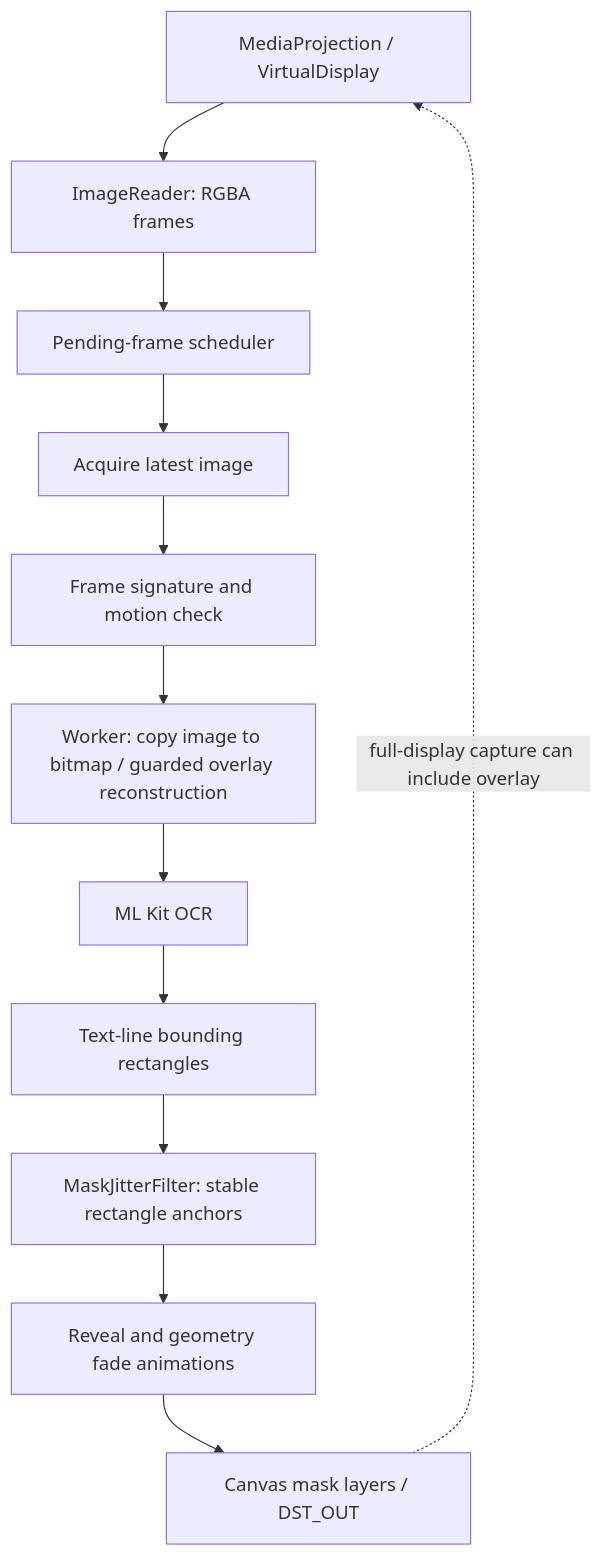
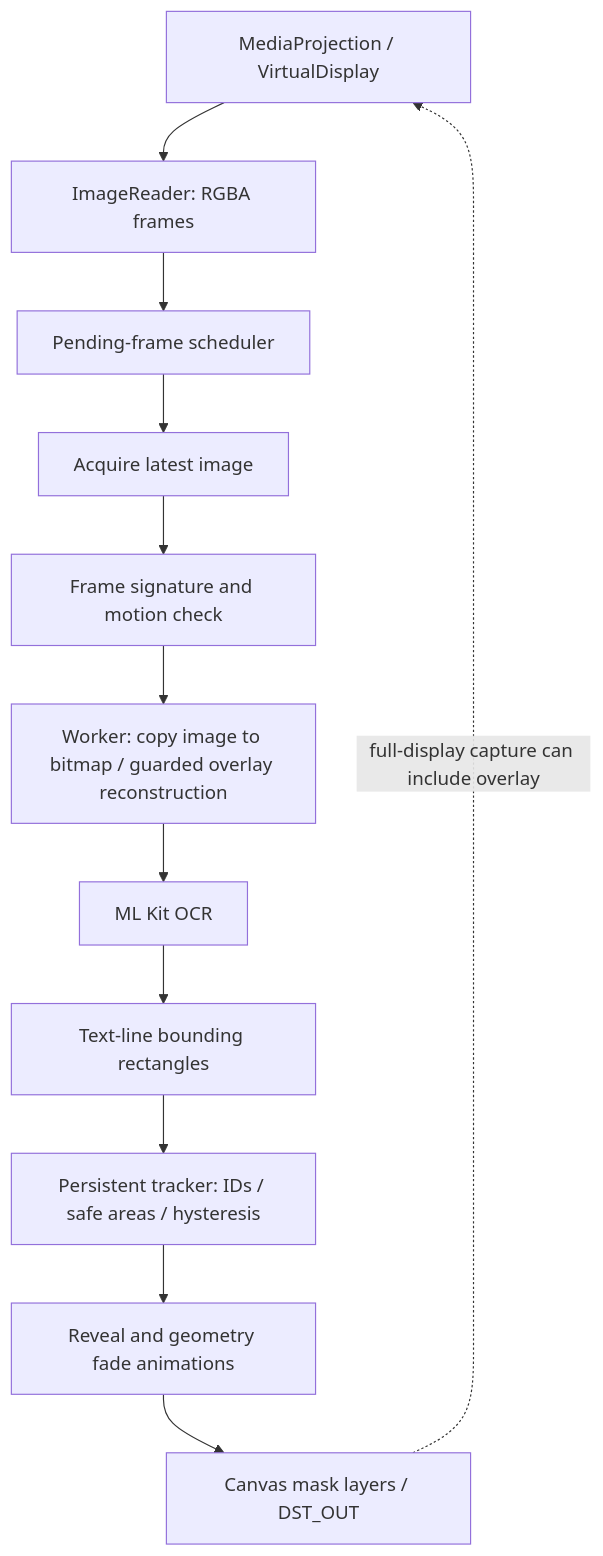
Before and after one commit to Desu1243/darker: the diagram in docs/PROJECT_DOCUMENTATION.md, drawn with Mermaid. The commit also changed other lines of this file and 9 other files, not shown here.

Commit message:
Added Persistent Text Regions with Safe Area and Hysteresis

````diff
--- a/docs/PROJECT_DOCUMENTATION.md
+++ b/docs/PROJECT_DOCUMENTATION.md
@@ -123,14 +126,14 @@
 ```mermaid
 flowchart TD
     A[MediaProjection / VirtualDisplay] --> B[ImageReader: RGBA frames]
     B --> C[Pending-frame scheduler]
     C --> D[Acquire latest image]
     D --> E[Frame signature and motion check]
     E --> R[Worker: copy image to bitmap / guarded overlay reconstruction]
     R --> F[ML Kit OCR]
     F --> G[Text-line bounding rectangles]
-    G --> H[MaskJitterFilter: stable rectangle anchors]
+    G --> H[Persistent tracker: IDs / safe areas / hysteresis]
     H --> I[Reveal and geometry fade animations]
     I --> J[Canvas mask layers / DST_OUT]
     J -. full-display capture can include overlay .-> A
 ```
````
